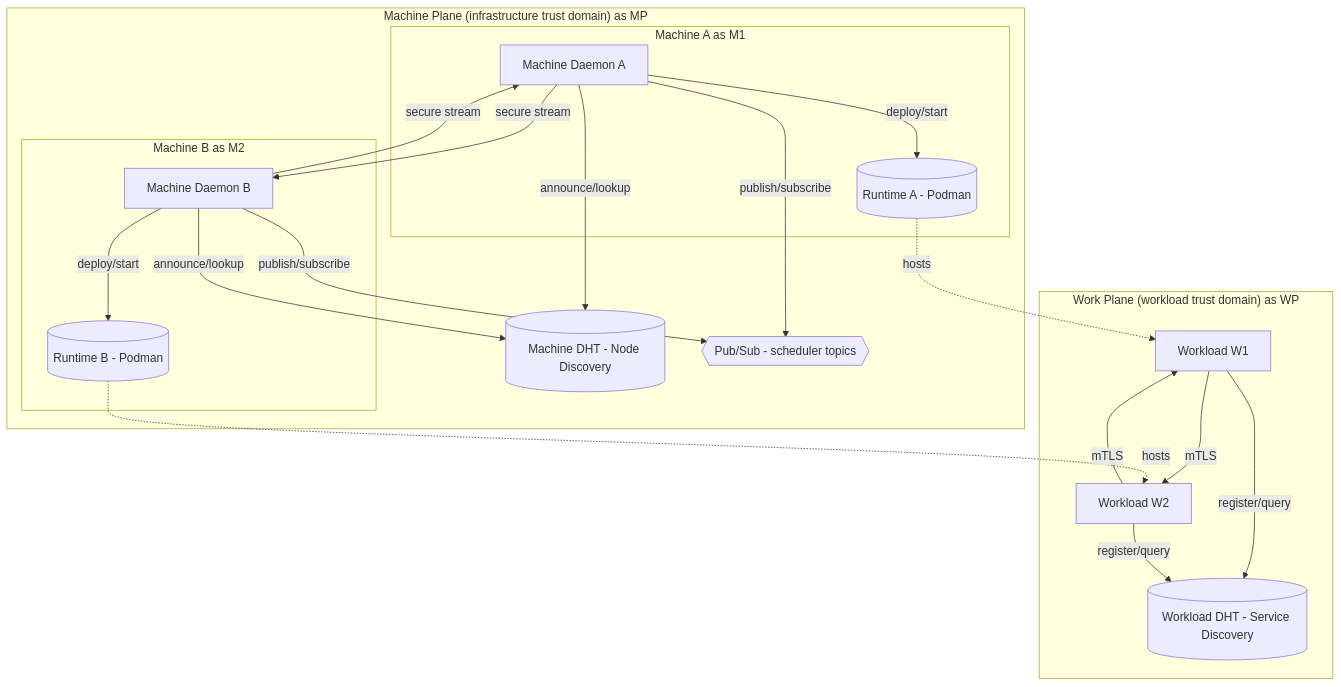
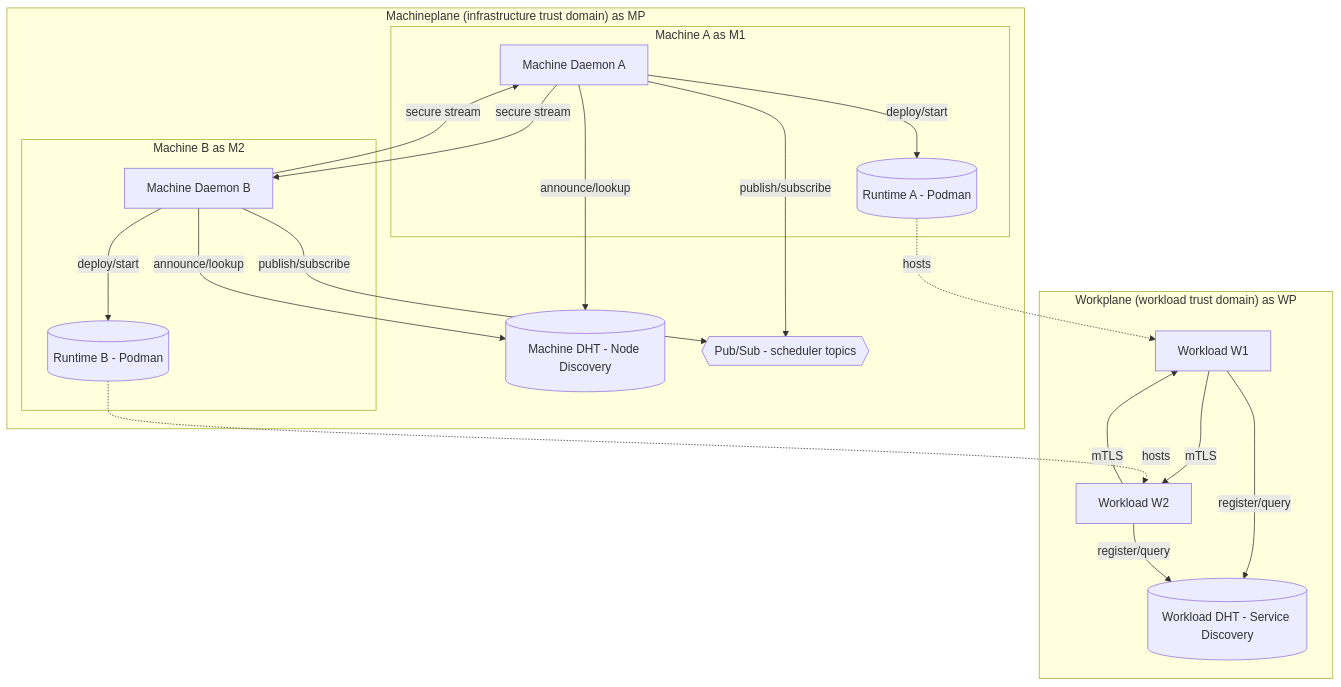
The diagram in README.md (beemesh/beemesh), drawn with Mermaid before and after one commit. The commit also changed other lines of this file and 106 other files, not shown here.

````diff
--- a/README.md
+++ b/README.md
@@ -126,46 +98,46 @@
 ```mermaid
 flowchart TB
-  %% ===== Work Plane (per-workload trust domain) =====
-  subgraph "Work Plane (workload trust domain)" as WP
+  %% ===== Workplane (per-workload trust domain) =====
+  subgraph "Workplane (workload trust domain)" as WP
     WDHT[(Workload DHT - Service Discovery)]
     W1[Workload W1]
     W2[Workload W2]
 
     W1 -->|mTLS| W2
     W2 -->|mTLS| W1
 
     W1 -->|register/query| WDHT
     W2 -->|register/query| WDHT
   end
 
-  %% ===== Machine Plane (infrastructure trust domain) =====
-  subgraph "Machine Plane (infrastructure trust domain)" as MP
+  %% ===== Machineplane (infrastructure trust domain) =====
+  subgraph "Machineplane (infrastructure trust domain)" as MP
     MDHT[(Machine DHT - Node Discovery)]
     PS{{Pub/Sub - scheduler topics}}
 
     subgraph "Machine A" as M1
       D1[Machine Daemon A]
       R1[(Runtime A - Podman)]
     end
 
     subgraph "Machine B" as M2
       D2[Machine Daemon B]
       R2[(Runtime B - Podman)]
     end
 
     D1 -->|secure stream| D2
     D2 -->|secure stream| D1
 
     D1 -->|announce/lookup| MDHT
     D2 -->|announce/lookup| MDHT
 
     D1 -->|publish/subscribe| PS
     D2 -->|publish/subscribe| PS
   end
 
   D1 -->|deploy/start| R1
   D2 -->|deploy/start| R2
 
   R1 -.hosts.-> W1
   R2 -.hosts.-> W2
 ```
````
